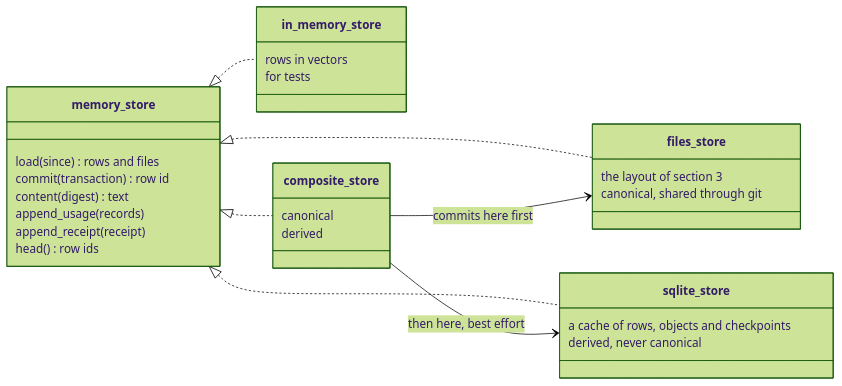
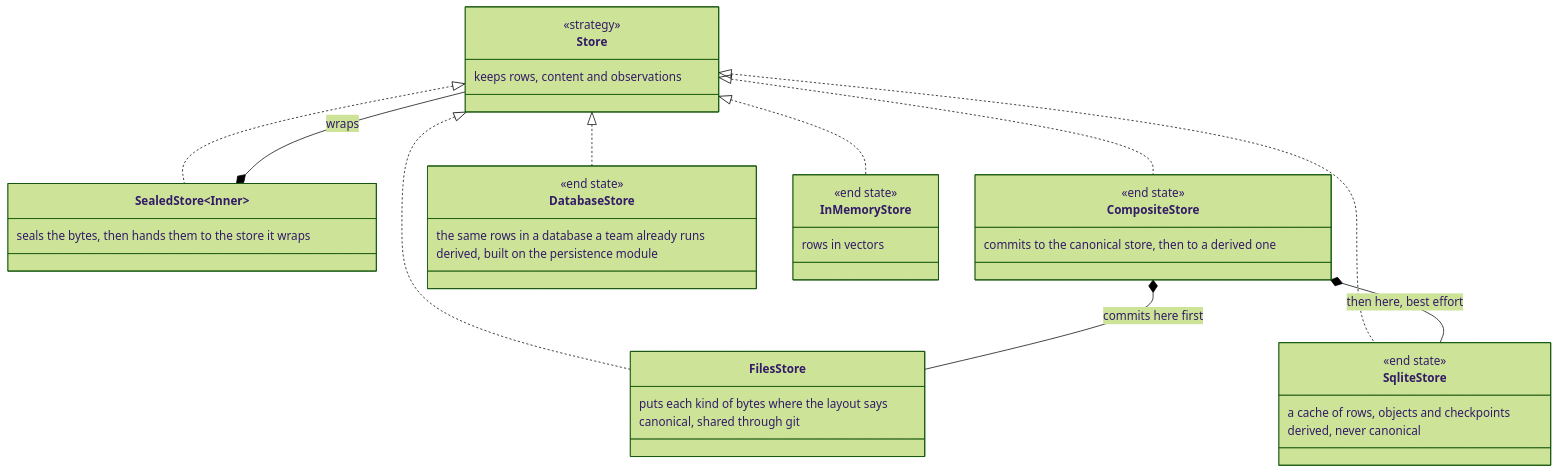
Before and after one commit to Debith/pygim: the ninth of 11 diagrams in docs/design/enact/03_store.md, drawn with Mermaid (forest theme). The commit also changed other lines of this file and 28 other files, not shown here.

````diff
--- a/docs/design/enact/03_store.md
+++ b/docs/design/enact/03_store.md
@@ -483,34 +758,42 @@
 ```mermaid
 classDiagram
-    direction LR
-    class memory_store {
-        load(since) rows and files
-        commit(transaction) row id
-        content(digest) text
-        append_usage(records)
-        append_receipt(receipt)
-        head() row ids
+    direction TB
+    class Store {
+        <<strategy>>
+        keeps rows, content and observations
     }
-    class in_memory_store {
-        rows in vectors
-        for tests
-    }
-    class files_store {
-        the layout of section 3
+    class FilesStore {
+        puts each kind of bytes where the layout says
         canonical, shared through git
     }
-    class sqlite_store {
+    class SealedStore~Inner~ {
+        seals the bytes, then hands them to the store it wraps
+    }
+    class CompositeStore {
+        <<end state>>
+        commits to the canonical store, then to a derived one
+    }
+    class SqliteStore {
+        <<end state>>
         a cache of rows, objects and checkpoints
         derived, never canonical
     }
-    class composite_store {
-        canonical
-        derived
+    class DatabaseStore {
+        <<end state>>
+        the same rows in a database a team already runs
+        derived, built on the persistence module
     }
-    memory_store <|.. in_memory_store
-    memory_store <|.. files_store
-    memory_store <|.. sqlite_store
-    memory_store <|.. composite_store
-    composite_store --> files_store : commits here first
-    composite_store --> sqlite_store : then here, best effort
+    class InMemoryStore {
+        <<end state>>
+        rows in vectors
+    }
+    Store <|.. FilesStore
+    Store <|.. SealedStore
+    Store <|.. CompositeStore
+    Store <|.. SqliteStore
+    Store <|.. DatabaseStore
+    Store <|.. InMemoryStore
+    SealedStore *-- Store : wraps
+    CompositeStore *-- FilesStore : commits here first
+    CompositeStore *-- SqliteStore : then here, best effort
 ```
````
